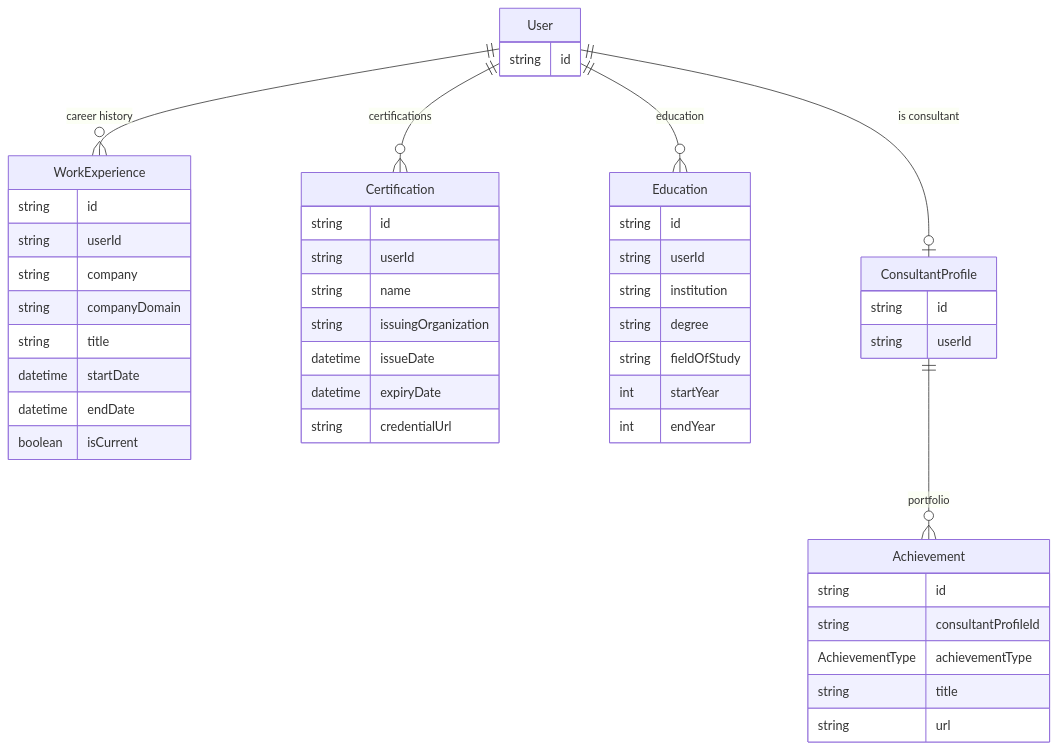
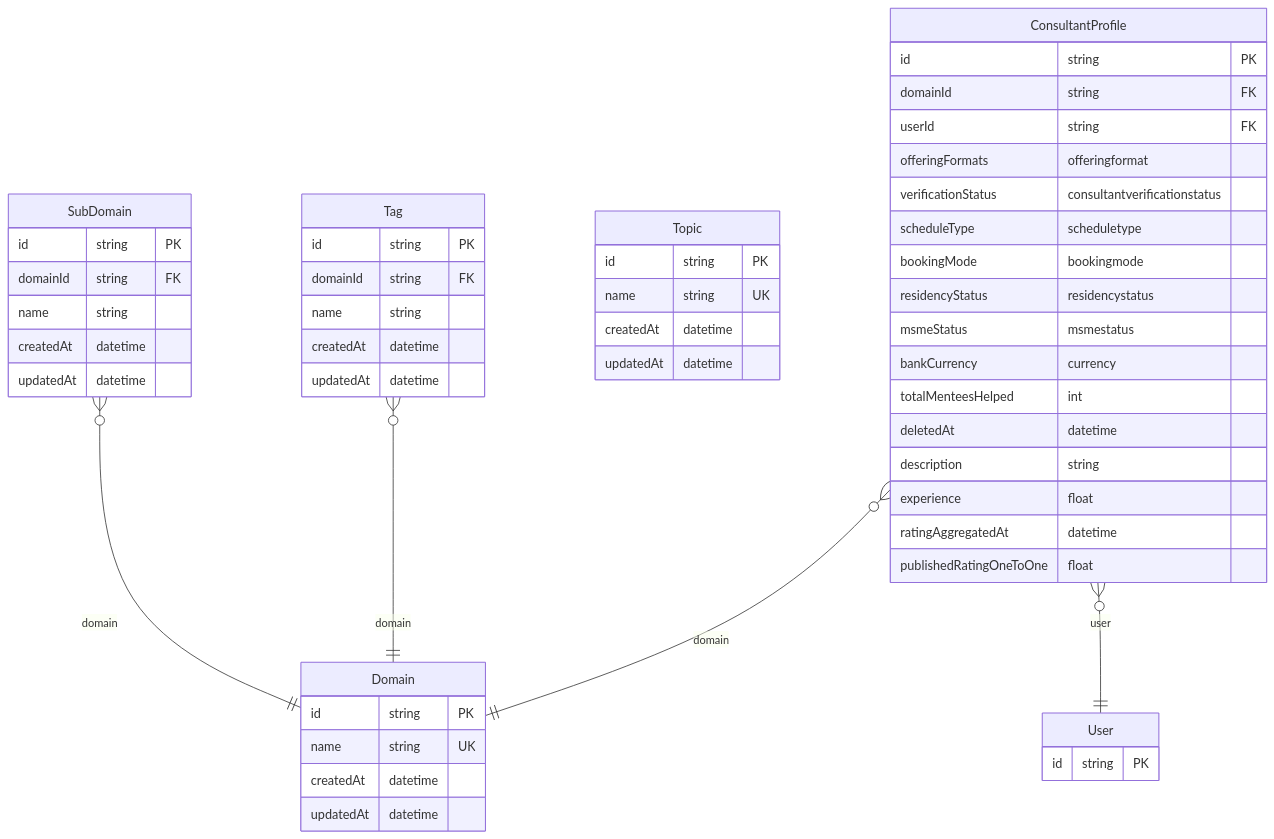
One commit to Practitionist/familiarise_web changed the fifth of 32 diagrams in docs/prisma/00-schema-map.md. Above: the diagram before and after it, drawn with Mermaid. The commit also changed other lines of this file and 6 other files, not shown here.

````diff
--- a/docs/prisma/00-schema-map.md
+++ b/docs/prisma/00-schema-map.md
@@ -352,51 +621,54 @@
 ```mermaid
 erDiagram
-    User {
-        string id
+    Domain {
+        id string PK
+        name string UK
+        createdAt datetime
+        updatedAt datetime
     }
-    WorkExperience {
-        string id
-        string userId
-        string company
-        string companyDomain
-        string title
-        datetime startDate
-        datetime endDate
-        boolean isCurrent
+    SubDomain {
+        id string PK
+        domainId string FK
+        name string
+        createdAt datetime
+        updatedAt datetime
     }
-    Certification {
-        string id
-        string userId
-        string name
-        string issuingOrganization
-        datetime issueDate
-        datetime expiryDate
-        string credentialUrl
+    Tag {
+        id string PK
+        domainId string FK
+        name string
+        createdAt datetime
+        updatedAt datetime
     }
-    Education {
-        string id
-        string userId
-        string institution
-        string degree
-        string fieldOfStudy
-        int startYear
-        int endYear
-    }
-    Achievement {
-        string id
-        string consultantProfileId
-        AchievementType achievementType
-        string title
-        string url
+    Topic {
+        id string PK
+        name string UK
+        createdAt datetime
+        updatedAt datetime
     }
     ConsultantProfile {
-        string id
-        string userId
+        id string PK
+        domainId string FK
+        userId string FK
+        offeringFormats offeringformat
+        verificationStatus consultantverificationstatus
+        scheduleType scheduletype
+        bookingMode bookingmode
+        residencyStatus residencystatus
+        msmeStatus msmestatus
+        bankCurrency currency
+        totalMenteesHelped int
+        deletedAt datetime
+        description string
+        experience float
+        ratingAggregatedAt datetime
+        publishedRatingOneToOne float
     }
-
-    User ||--o{ WorkExperience : "career history"
-    User ||--o{ Certification : "certifications"
-    User ||--o{ Education : "education"
-    ConsultantProfile ||--o{ Achievement : "portfolio"
-    User ||--o| ConsultantProfile : "is consultant"
+    User {
+        id string PK
+    }
+    SubDomain }o--|| Domain : "domain"
+    Tag }o--|| Domain : "domain"
+    ConsultantProfile }o--|| Domain : "domain"
+    ConsultantProfile }o--|| User : "user"
 ```
````
